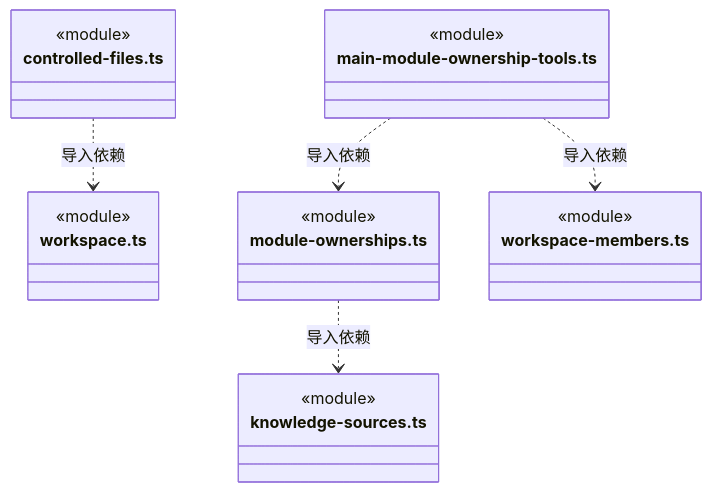
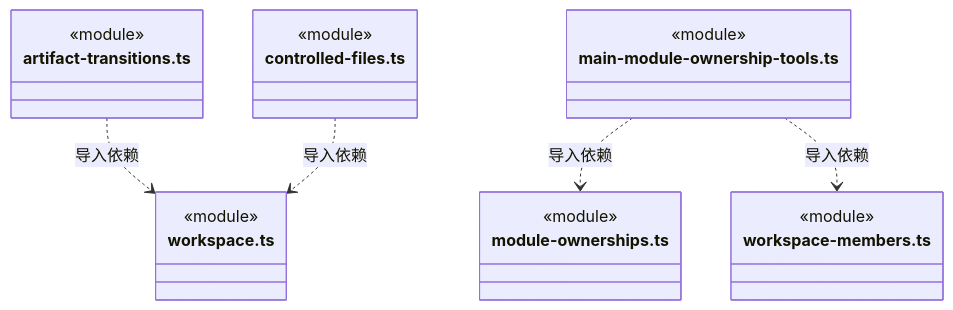
Diagram 20 of 22 in src/backend/main/workspace/ARCHITECTURE.md (nan023062/cbim), drawn with Mermaid before and after one commit. The commit also changed other lines of this file and 62 other files, not shown here.

````diff
--- a/src/backend/main/workspace/ARCHITECTURE.md
+++ b/src/backend/main/workspace/ARCHITECTURE.md
@@ -455,25 +468,25 @@
 ```mermaid
 classDiagram
-class N_src_backend_main_workspace_controlled_files_ts["controlled-files.ts"] {
+class N_src_backend_main_workspace_artifact_transitions_ts["artifact-transitions.ts"] {
   <<module>>
 }
 class N_src_backend_main_workspace_workspace_ts["workspace.ts"] {
+  <<module>>
+}
+class N_src_backend_main_workspace_controlled_files_ts["controlled-files.ts"] {
   <<module>>
 }
 class N_src_backend_main_workspace_main_module_ownership_tools_ts["main-module-ownership-tools.ts"] {
   <<module>>
 }
 class N_src_backend_main_workspace_module_ownerships_ts["module-ownerships.ts"] {
   <<module>>
 }
 class N_src_backend_main_workspace_workspace_members_ts["workspace-members.ts"] {
   <<module>>
 }
-class N_src_backend_main_workspace_knowledge_sources_ts["knowledge-sources.ts"] {
-  <<module>>
-}
+N_src_backend_main_workspace_artifact_transitions_ts ..> N_src_backend_main_workspace_workspace_ts : 导入依赖
 N_src_backend_main_workspace_controlled_files_ts ..> N_src_backend_main_workspace_workspace_ts : 导入依赖
 N_src_backend_main_workspace_main_module_ownership_tools_ts ..> N_src_backend_main_workspace_module_ownerships_ts : 导入依赖
 N_src_backend_main_workspace_main_module_ownership_tools_ts ..> N_src_backend_main_workspace_workspace_members_ts : 导入依赖
-N_src_backend_main_workspace_module_ownerships_ts ..> N_src_backend_main_workspace_knowledge_sources_ts : 导入依赖
 ```
````
